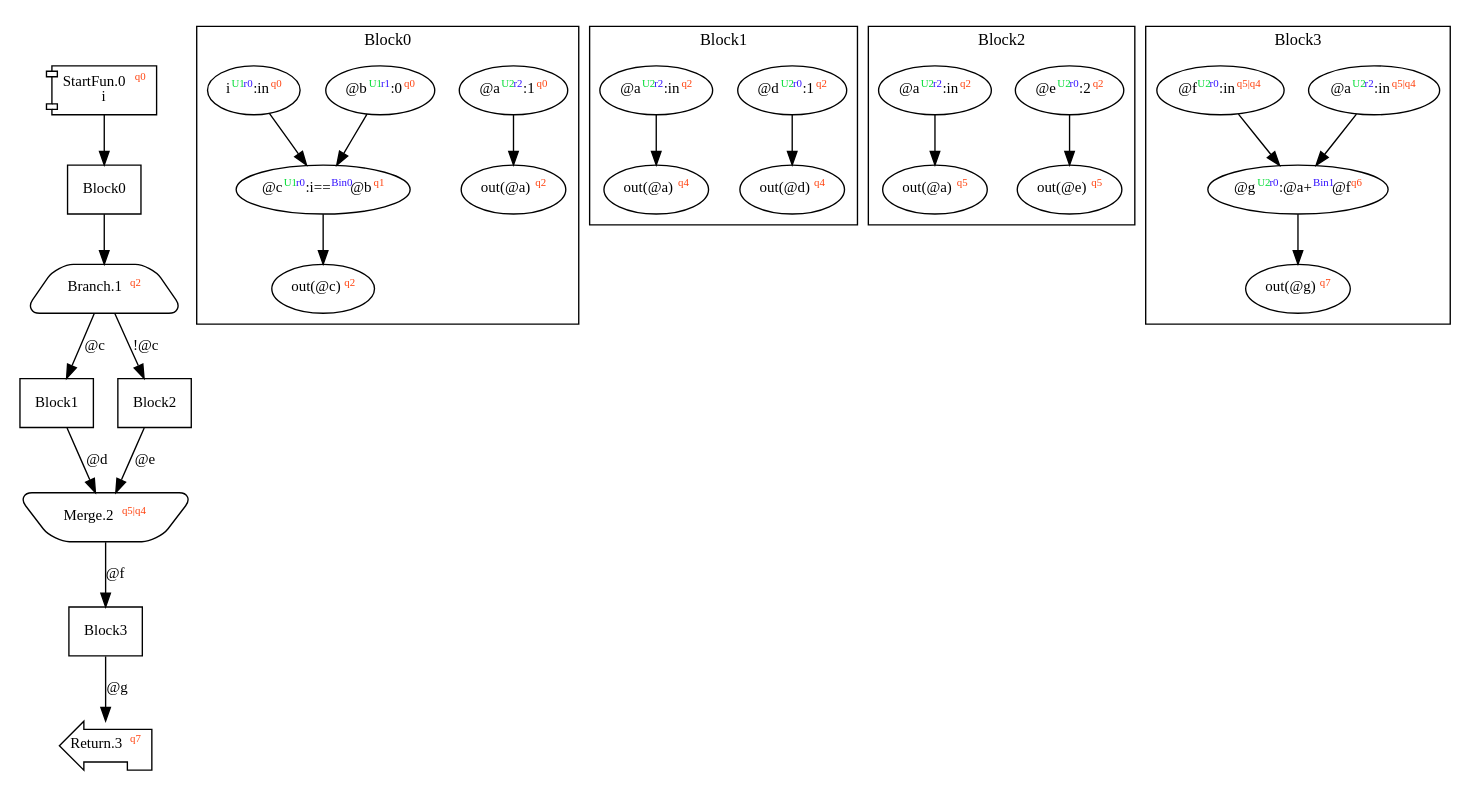
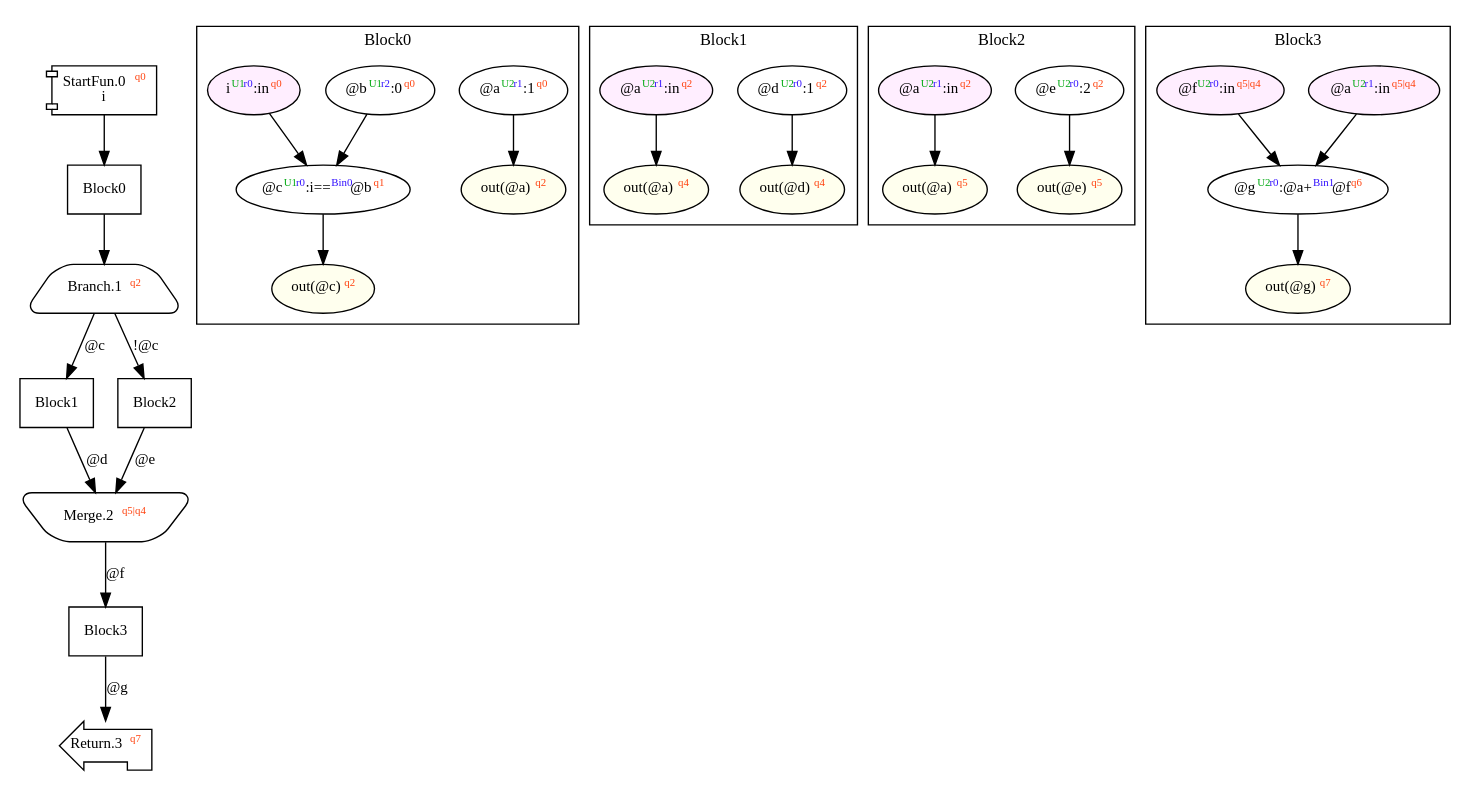
The diagram in dist/complexIf.dot (akouryy/SyntheScala), drawn with Graphviz before and after one commit. The commit also changed 37 other files, not shown here.

```diff
--- a/dist/complexIf.dot
+++ b/dist/complexIf.dot
@@ -1,69 +1,69 @@
 digraph Program_ {
   graph [fontname = "Monaco", fontsize = 12, ranksep = 0.5];
   node [shape = box, fontname = "Monaco", fontsize = 11; colorscheme = pastel19];
   edge [fontname = "Monaco", fontsize = 11; colorscheme = pastel19];
   Jump0[label = <StartFun.0<font color="#ff4411" point-size="8"><sup>q0</sup></font><br/>i>; shape = component];
   Jump0 -> Block0;
   Jump1[
     label = <Branch.1<font color="#ff4411" point-size="8"><sup>q2</sup></font>>;
     shape = trapezium; style = rounded;
   ];
   Block0 -> Jump1;
   Jump1 -> Block1 [label="@c"];
   Jump1 -> Block2 [label="!@c"];
   Jump2[label = <Merge.2<font color="#ff4411" point-size="8"><sup>q5|q4</sup></font>>; shape = invtrapezium; style = rounded];
   Block1 -> Jump2 [label="@d"];
   Block2 -> Jump2 [label="@e"];
   Jump2 -> Block3 [label="@f"];
   Jump3[label = <Return.3<font color="#ff4411" point-size="8"><sup>q7</sup></font>>; shape = lpromoter];
   Block3 -> Jump3 [label="@g"];
   Block0 [label = "Block0"];
   Block1 [label = "Block1"];
   Block2 [label = "Block2"];
   Block3 [label = "Block3"];
   subgraph cluster_dfg_Block0 {
     node [shape = oval];
     label = "Block0";
-    ndBlock0_0 [label=<@b<font color="#00dd33" point-size="8"><sup>U1</sup></font><font color="#3311ff" point-size="8"><sup>r1</sup></font>:0<font color="#ff4411" point-size="8"><sup>q0</sup></font>>];
-    ndBlock0_1 [label=<@a<font color="#00dd33" point-size="8"><sup>U2</sup></font><font color="#3311ff" point-size="8"><sup>r2</sup></font>:1<font color="#ff4411" point-size="8"><sup>q0</sup></font>>];
-    ndBlock0_2 [label=<i<font color="#00dd33" point-size="8"><sup>U1</sup></font><font color="#3311ff" point-size="8"><sup>r0</sup></font>:in<font color="#ff4411" point-size="8"><sup>q0</sup></font>>];
-    ndBlock0_3 [label=<out(@c)<font color="#ff4411" point-size="8"><sup>q2</sup></font>>];
-    ndBlock0_4 [label=<@c<font color="#00dd33" point-size="8"><sup>U1</sup></font><font color="#3311ff" point-size="8"><sup>r0</sup></font>:i==<font color="#3311ff" point-size="8"><sup>Bin0</sup></font>@b<font color="#ff4411" point-size="8"><sup>q1</sup></font>>];
-    ndBlock0_5 [label=<out(@a)<font color="#ff4411" point-size="8"><sup>q2</sup></font>>];
-    ndBlock0_0 -> ndBlock0_4;
-    ndBlock0_1 -> ndBlock0_5;
-    ndBlock0_2 -> ndBlock0_4;
-    ndBlock0_4 -> ndBlock0_3;
+    0 [label=<@a<font color="#00aa11" point-size="8"><sup>U2</sup></font><font color="#3311ff" point-size="8"><sup>r1</sup></font>:1<font color="#ff4411" point-size="8"><sup>q0</sup></font>>; ];
+    1 [label=<@b<font color="#00aa11" point-size="8"><sup>U1</sup></font><font color="#3311ff" point-size="8"><sup>r2</sup></font>:0<font color="#ff4411" point-size="8"><sup>q0</sup></font>>; ];
+    2 [label=<@c<font color="#00aa11" point-size="8"><sup>U1</sup></font><font color="#3311ff" point-size="8"><sup>r0</sup></font>:i==<font color="#3311ff" point-size="8"><sup>Bin0</sup></font>@b<font color="#ff4411" point-size="8"><sup>q1</sup></font>>; ];
+    17 [label=<out(@c)<font color="#ff4411" point-size="8"><sup>q2</sup></font>>; style="filled"; fillcolor="#ffffee";];
+    16 [label=<out(@a)<font color="#ff4411" point-size="8"><sup>q2</sup></font>>; style="filled"; fillcolor="#ffffee";];
+    15 [label=<i<font color="#00aa11" point-size="8"><sup>U1</sup></font><font color="#3311ff" point-size="8"><sup>r0</sup></font>:in<font color="#ff4411" point-size="8"><sup>q0</sup></font>>; style="filled"; fillcolor="#ffeeff";];
+    0 -> 16;
+    1 -> 2;
+    2 -> 17;
+    15 -> 2;
   }
   subgraph cluster_dfg_Block1 {
     node [shape = oval];
     label = "Block1";
-    ndBlock1_0 [label=<@d<font color="#00dd33" point-size="8"><sup>U2</sup></font><font color="#3311ff" point-size="8"><sup>r0</sup></font>:1<font color="#ff4411" point-size="8"><sup>q2</sup></font>>];
-    ndBlock1_1 [label=<@a<font color="#00dd33" point-size="8"><sup>U2</sup></font><font color="#3311ff" point-size="8"><sup>r2</sup></font>:in<font color="#ff4411" point-size="8"><sup>q2</sup></font>>];
-    ndBlock1_2 [label=<out(@a)<font color="#ff4411" point-size="8"><sup>q4</sup></font>>];
-    ndBlock1_3 [label=<out(@d)<font color="#ff4411" point-size="8"><sup>q4</sup></font>>];
-    ndBlock1_0 -> ndBlock1_3;
-    ndBlock1_1 -> ndBlock1_2;
+    3 [label=<@d<font color="#00aa11" point-size="8"><sup>U2</sup></font><font color="#3311ff" point-size="8"><sup>r0</sup></font>:1<font color="#ff4411" point-size="8"><sup>q2</sup></font>>; ];
+    9 [label=<@a<font color="#00aa11" point-size="8"><sup>U2</sup></font><font color="#3311ff" point-size="8"><sup>r1</sup></font>:in<font color="#ff4411" point-size="8"><sup>q2</sup></font>>; style="filled"; fillcolor="#ffeeff";];
+    10 [label=<out(@a)<font color="#ff4411" point-size="8"><sup>q4</sup></font>>; style="filled"; fillcolor="#ffffee";];
+    11 [label=<out(@d)<font color="#ff4411" point-size="8"><sup>q4</sup></font>>; style="filled"; fillcolor="#ffffee";];
+    3 -> 11;
+    9 -> 10;
   }
   subgraph cluster_dfg_Block2 {
     node [shape = oval];
     label = "Block2";
-    ndBlock2_0 [label=<@e<font color="#00dd33" point-size="8"><sup>U2</sup></font><font color="#3311ff" point-size="8"><sup>r0</sup></font>:2<font color="#ff4411" point-size="8"><sup>q2</sup></font>>];
-    ndBlock2_1 [label=<@a<font color="#00dd33" point-size="8"><sup>U2</sup></font><font color="#3311ff" point-size="8"><sup>r2</sup></font>:in<font color="#ff4411" point-size="8"><sup>q2</sup></font>>];
-    ndBlock2_2 [label=<out(@a)<font color="#ff4411" point-size="8"><sup>q5</sup></font>>];
-    ndBlock2_3 [label=<out(@e)<font color="#ff4411" point-size="8"><sup>q5</sup></font>>];
-    ndBlock2_0 -> ndBlock2_3;
-    ndBlock2_1 -> ndBlock2_2;
+    4 [label=<@e<font color="#00aa11" point-size="8"><sup>U2</sup></font><font color="#3311ff" point-size="8"><sup>r0</sup></font>:2<font color="#ff4411" point-size="8"><sup>q2</sup></font>>; ];
+    12 [label=<@a<font color="#00aa11" point-size="8"><sup>U2</sup></font><font color="#3311ff" point-size="8"><sup>r1</sup></font>:in<font color="#ff4411" point-size="8"><sup>q2</sup></font>>; style="filled"; fillcolor="#ffeeff";];
+    13 [label=<out(@a)<font color="#ff4411" point-size="8"><sup>q5</sup></font>>; style="filled"; fillcolor="#ffffee";];
+    14 [label=<out(@e)<font color="#ff4411" point-size="8"><sup>q5</sup></font>>; style="filled"; fillcolor="#ffffee";];
+    4 -> 14;
+    12 -> 13;
   }
   subgraph cluster_dfg_Block3 {
     node [shape = oval];
     label = "Block3";
-    ndBlock3_0 [label=<@g<font color="#00dd33" point-size="8"><sup>U2</sup></font><font color="#3311ff" point-size="8"><sup>r0</sup></font>:@a+<font color="#3311ff" point-size="8"><sup>Bin1</sup></font>@f<font color="#ff4411" point-size="8"><sup>q6</sup></font>>];
-    ndBlock3_1 [label=<@a<font color="#00dd33" point-size="8"><sup>U2</sup></font><font color="#3311ff" point-size="8"><sup>r2</sup></font>:in<font color="#ff4411" point-size="8"><sup>q5|q4</sup></font>>];
-    ndBlock3_2 [label=<@f<font color="#00dd33" point-size="8"><sup>U2</sup></font><font color="#3311ff" point-size="8"><sup>r0</sup></font>:in<font color="#ff4411" point-size="8"><sup>q5|q4</sup></font>>];
-    ndBlock3_3 [label=<out(@g)<font color="#ff4411" point-size="8"><sup>q7</sup></font>>];
-    ndBlock3_0 -> ndBlock3_3;
-    ndBlock3_1 -> ndBlock3_0;
-    ndBlock3_2 -> ndBlock3_0;
+    5 [label=<@g<font color="#00aa11" point-size="8"><sup>U2</sup></font><font color="#3311ff" point-size="8"><sup>r0</sup></font>:@a+<font color="#3311ff" point-size="8"><sup>Bin1</sup></font>@f<font color="#ff4411" point-size="8"><sup>q6</sup></font>>; ];
+    6 [label=<@a<font color="#00aa11" point-size="8"><sup>U2</sup></font><font color="#3311ff" point-size="8"><sup>r1</sup></font>:in<font color="#ff4411" point-size="8"><sup>q5|q4</sup></font>>; style="filled"; fillcolor="#ffeeff";];
+    7 [label=<@f<font color="#00aa11" point-size="8"><sup>U2</sup></font><font color="#3311ff" point-size="8"><sup>r0</sup></font>:in<font color="#ff4411" point-size="8"><sup>q5|q4</sup></font>>; style="filled"; fillcolor="#ffeeff";];
+    8 [label=<out(@g)<font color="#ff4411" point-size="8"><sup>q7</sup></font>>; style="filled"; fillcolor="#ffffee";];
+    5 -> 8;
+    6 -> 5;
+    7 -> 5;
   }
 }
```
